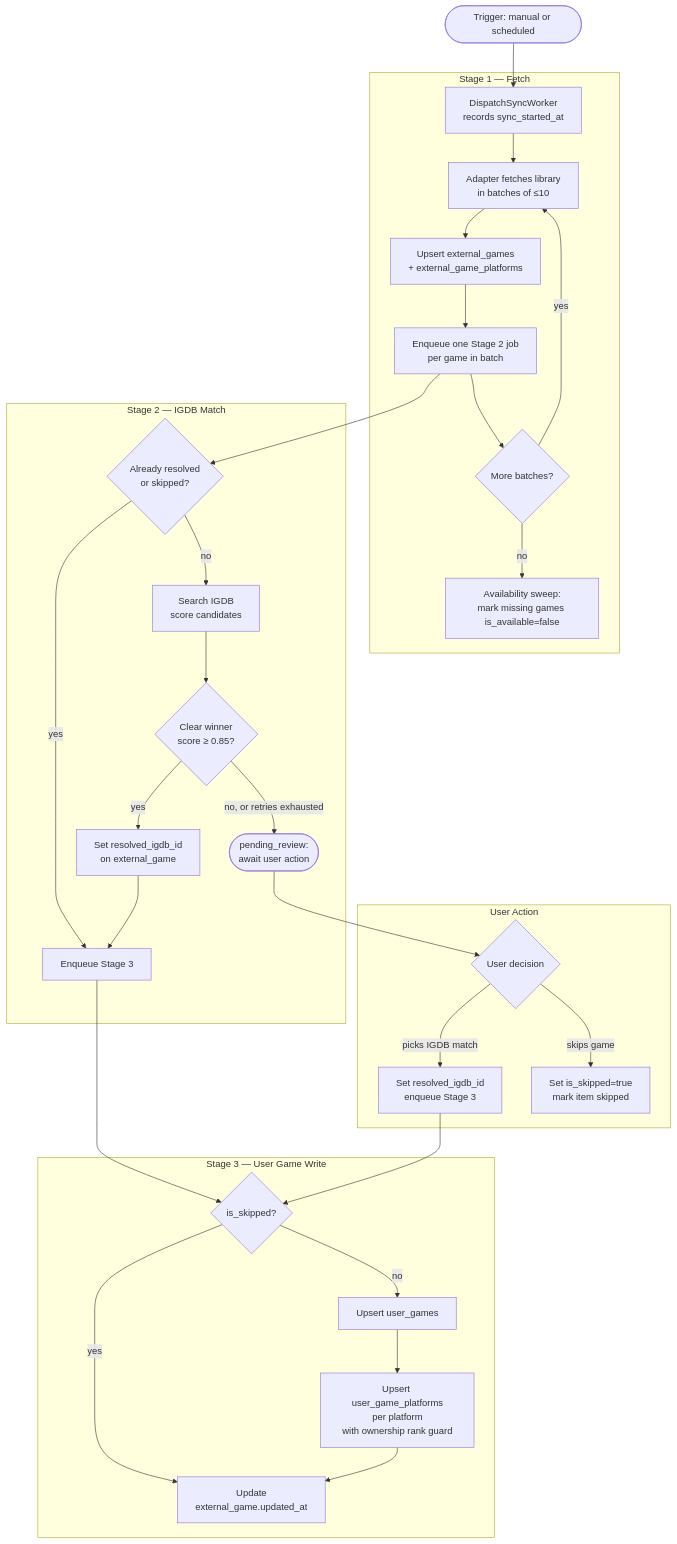
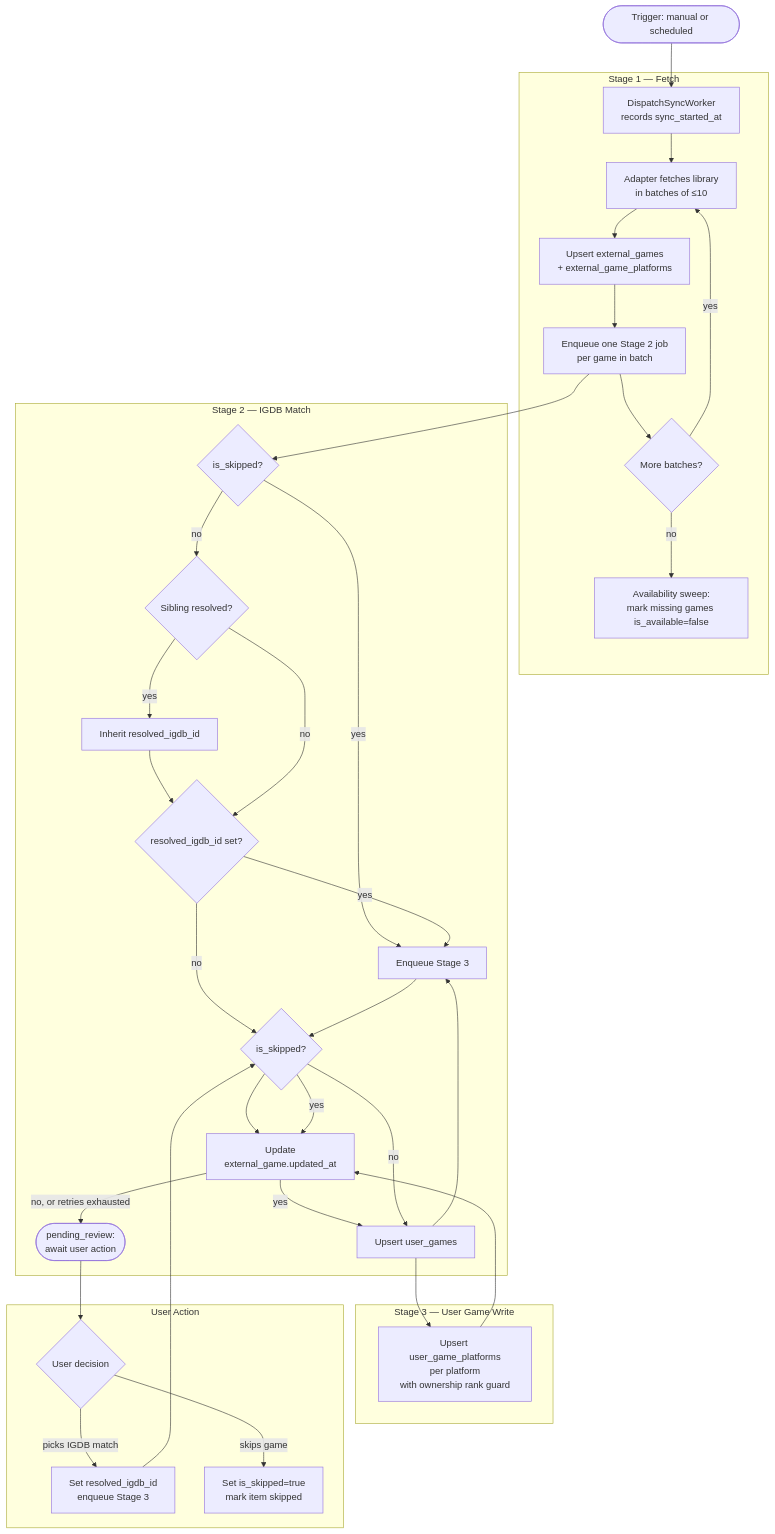
Before and after one commit to drzero42/nexorious: the first of 2 diagrams in docs/sync.md, drawn with Mermaid. The commit also changed other lines of this file, not shown here.

Commit message:
docs(sync): fix Stage 2 step ordering to separate is_skipped, sibling, and resolved checks

````diff
--- a/docs/sync.md
+++ b/docs/sync.md
@@ -92,39 +92,44 @@
 ```mermaid
 flowchart TD
     A([Trigger: manual or scheduled]) --> B
 
     subgraph Stage1["Stage 1 — Fetch"]
         B[DispatchSyncWorker<br/>records sync_started_at] --> C
         C[Adapter fetches library<br/>in batches of ≤10] --> D
         D[Upsert external_games<br/>+ external_game_platforms] --> E
         E[Enqueue one Stage 2 job<br/>per game in batch] --> F{More batches?}
         F -->|yes| C
         F -->|no| G[Availability sweep:<br/>mark missing games is_available=false]
     end
 
     subgraph Stage2["Stage 2 — IGDB Match"]
-        H{Already resolved<br/>or skipped?} -->|yes| L
-        H -->|no| I[Search IGDB<br/>score candidates]
-        I --> J{Clear winner<br/>score ≥ 0.85?}
-        J -->|yes| K[Set resolved_igdb_id<br/>on external_game]
-        K --> L[Enqueue Stage 3]
-        J -->|no, or retries exhausted| M([pending_review:<br/>await user action])
+        H{is_skipped?} -->|yes| L
+        H -->|no| I{Sibling resolved?}
+        I -->|yes| J[Inherit resolved_igdb_id]
+        J --> K{resolved_igdb_id set?}
+        I -->|no| K
+        K -->|yes| L[Enqueue Stage 3]
+        K -->|no| N[Search IGDB<br/>score candidates]
+        N --> O{Clear winner<br/>score ≥ 0.85?}
+        O -->|yes| P[Set resolved_igdb_id<br/>on external_game]
+        P --> L
+        O -->|no, or retries exhausted| M([pending_review:<br/>await user action])
     end
 
     subgraph Stage3["Stage 3 — User Game Write"]
         N{is_skipped?} -->|yes| O[Update<br/>external_game.updated_at]
         N -->|no| P[Upsert user_games]
         P --> Q[Upsert user_game_platforms<br/>per platform<br/>with ownership rank guard]
         Q --> O
     end
 
     subgraph UserAction["User Action"]
         M --> R{User decision}
         R -->|picks IGDB match| S[Set resolved_igdb_id<br/>enqueue Stage 3]
         R -->|skips game| T[Set is_skipped=true<br/>mark item skipped]
     end
 
     E --> H
     L --> N
     S --> N
 ```
````
